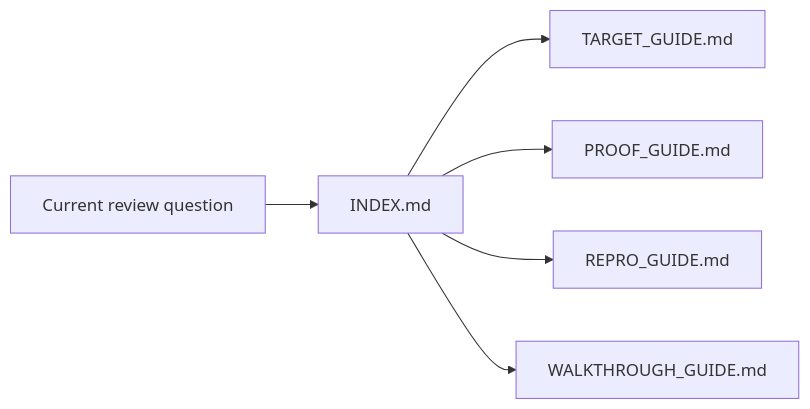
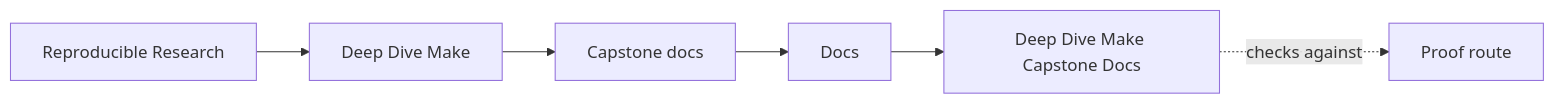
Before and after one commit to bijux/bijux-masterclass: the first of 2 diagrams in programs/reproducible-research/deep-dive-make/capstone/docs/index.md, drawn with Mermaid. The commit also changed other lines of this file and 146 other files, not shown here.

Commit message:
docs(deep-dive-make): map build truth and release review surfaces

````diff
--- a/programs/reproducible-research/deep-dive-make/capstone/docs/index.md
+++ b/programs/reproducible-research/deep-dive-make/capstone/docs/index.md
@@ -6,8 +6,12 @@
 ```mermaid
 graph LR
-  question["Current review question"] --> index["INDEX.md"]
-  index --> target["TARGET_GUIDE.md"]
-  index --> proof["PROOF_GUIDE.md"]
-  index --> repro["REPRO_GUIDE.md"]
-  index --> walk["WALKTHROUGH_GUIDE.md"]
+  family["Reproducible Research"]
+  program["Deep Dive Make"]
+  guide["Capstone docs"]
+  section["Docs"]
+  page["Deep Dive Make Capstone Docs"]
+  proof["Proof route"]
+
+  family --> program --> guide --> section --> page
+  page -.checks against.-> proof
 ```
````
